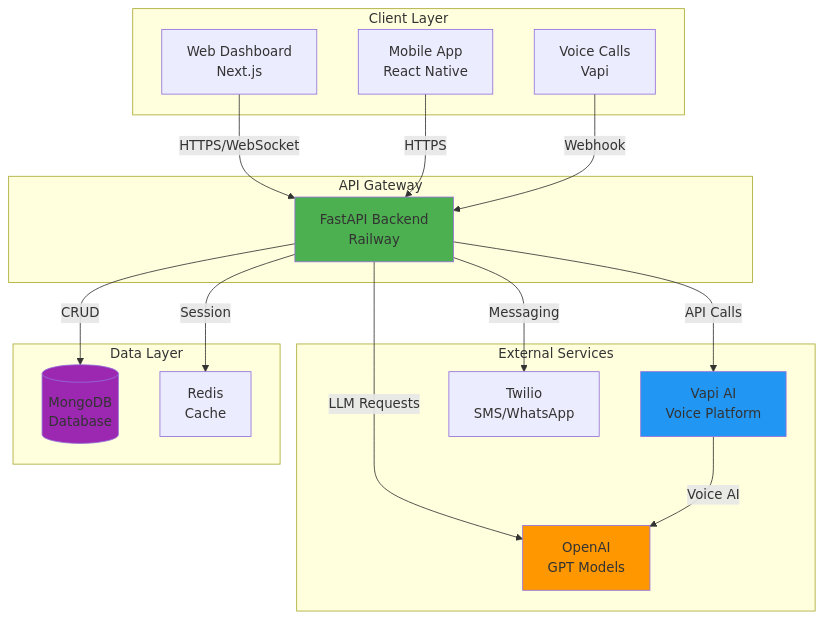
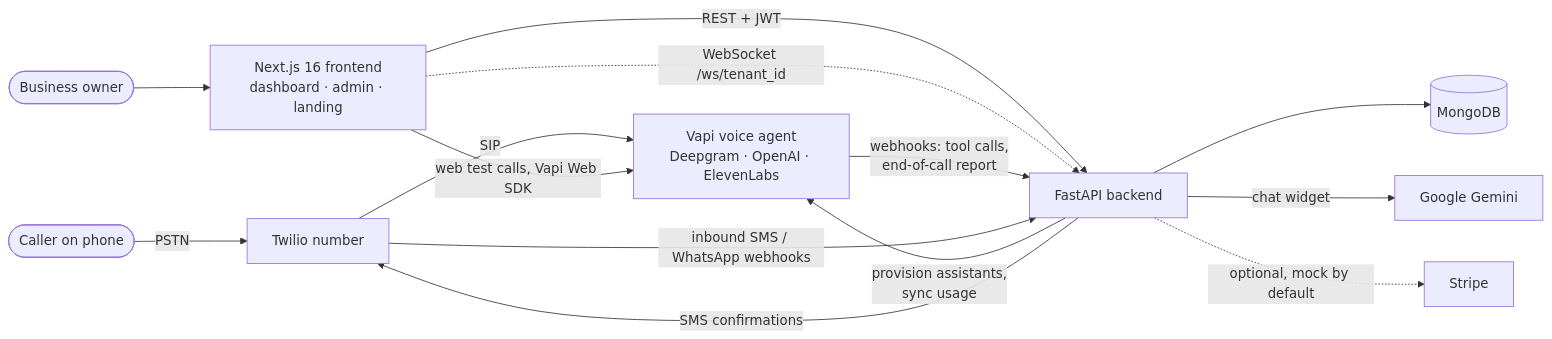
The diagram in README.md (montaassarr/Calleem), drawn with Mermaid before and after one commit. The commit also changed other lines of this file, not shown here.

````diff
--- a/README.md
+++ b/README.md
@@ -78,38 +29,16 @@
 ```mermaid
-graph TB
-    subgraph "Client Layer"
-        A[Web Dashboard<br/>Next.js]
-        B[Mobile App<br/>React Native]
-        C[Voice Calls<br/>Vapi]
-    end
-    
-    subgraph "API Gateway"
-        D[FastAPI Backend<br/>Railway]
-    end
-    
-    subgraph "External Services"
-        E[Vapi AI<br/>Voice Platform]
-        F[OpenAI<br/>GPT Models]
-        G[Twilio<br/>SMS/WhatsApp]
-    end
-    
-    subgraph "Data Layer"
-        H[(MongoDB<br/>Database)]
-        I[Redis<br/>Cache]
-    end
-    
-    A -->|HTTPS/WebSocket| D
-    B -->|HTTPS| D
-    C -->|Webhook| D
-    D -->|API Calls| E
-    D -->|LLM Requests| F
-    D -->|Messaging| G
-    D -->|CRUD| H
-    D -->|Session| I
-    E -->|Voice AI| F
-    
-    style D fill:#4CAF50
-    style E fill:#2196F3
-    style F fill:#FF9800
-    style H fill:#9C27B0
+flowchart LR
+    caller([Caller on phone]) -->|PSTN| twilio[Twilio number]
+    twilio -->|SIP| vapi[Vapi voice agent<br/>Deepgram · OpenAI · ElevenLabs]
+    owner([Business owner]) --> fe[Next.js 16 frontend<br/>dashboard · admin · landing]
+    fe -->|web test calls, Vapi Web SDK| vapi
+    fe -->|REST + JWT| api[FastAPI backend]
+    fe -.->|WebSocket /ws/tenant_id| api
+    vapi -->|webhooks: tool calls,<br/>end-of-call report| api
+    api -->|provision assistants,<br/>sync usage| vapi
+    api --> db[(MongoDB)]
+    api -->|SMS confirmations| twilio
+    twilio -->|inbound SMS / WhatsApp webhooks| api
+    api -->|chat widget| gemini[Google Gemini]
+    api -.->|optional, mock by default| stripe[Stripe]
 ```
````
